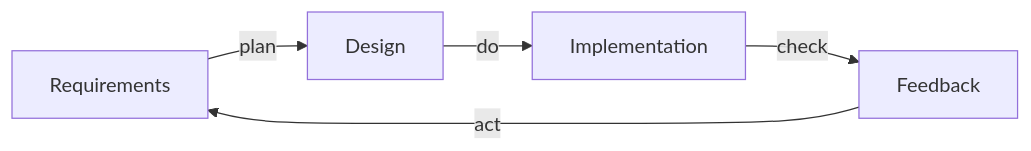
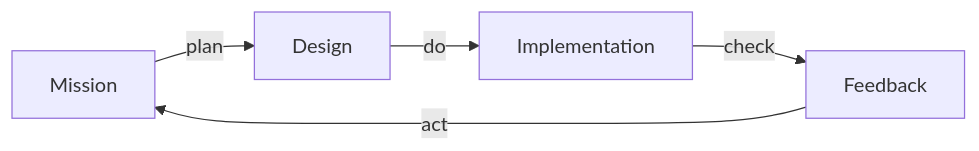
Before and after one commit to firstprinciplesthinking/paper_development_lifecycle: the third of 11 diagrams in README.md, drawn with Mermaid. The commit also changed other lines of this file, not shown here.

Commit message:
Expand mission control

````diff
--- a/README.md
+++ b/README.md
@@ -61,12 +63,12 @@
 ```mermaid
    flowchart LR
-    Requirements
+    Mission
     Design
     Implementation
     Feedback
     
     Implementation--"check"-->Feedback
-    Feedback--"act"-->Requirements
-    Requirements--"plan"-->Design
+    Feedback--"act"-->Mission
+    Mission--"plan"-->Design
     Design--"do"-->Implementation
 ```
````
